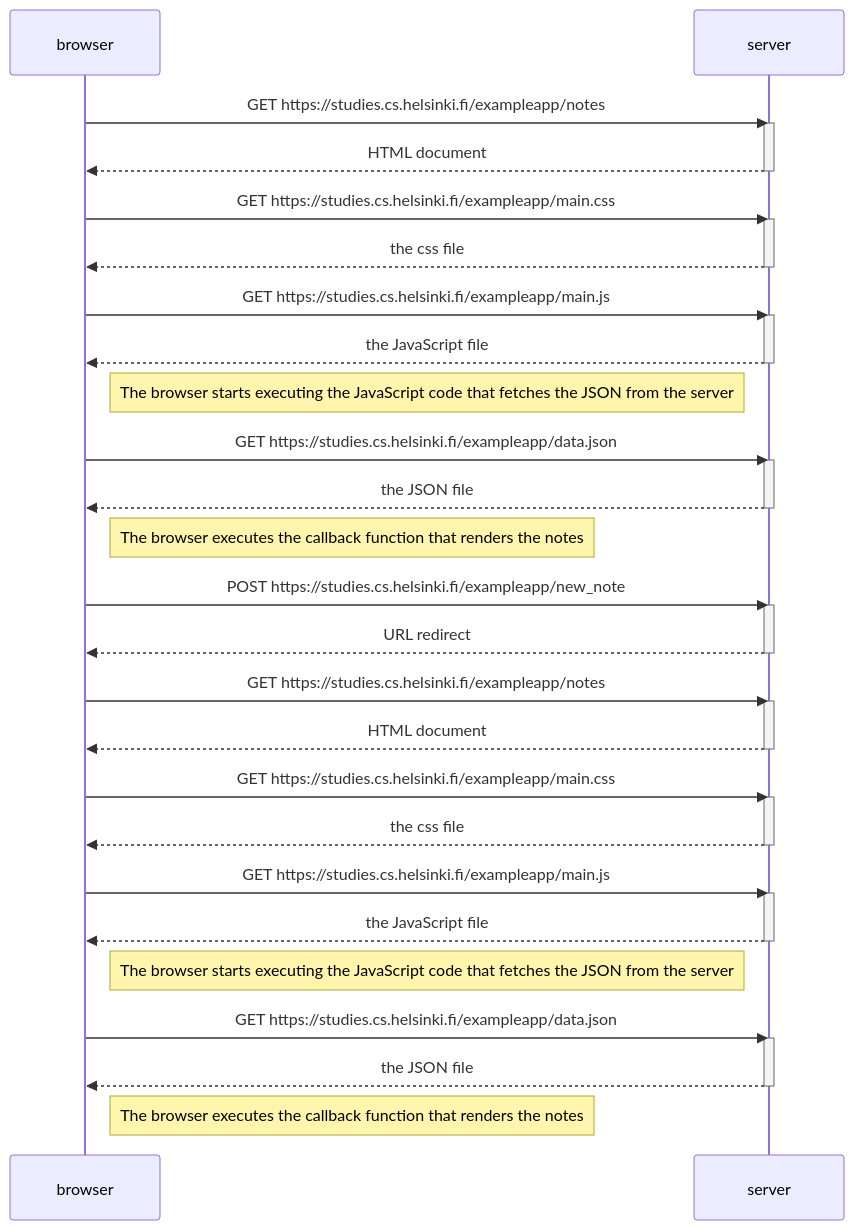
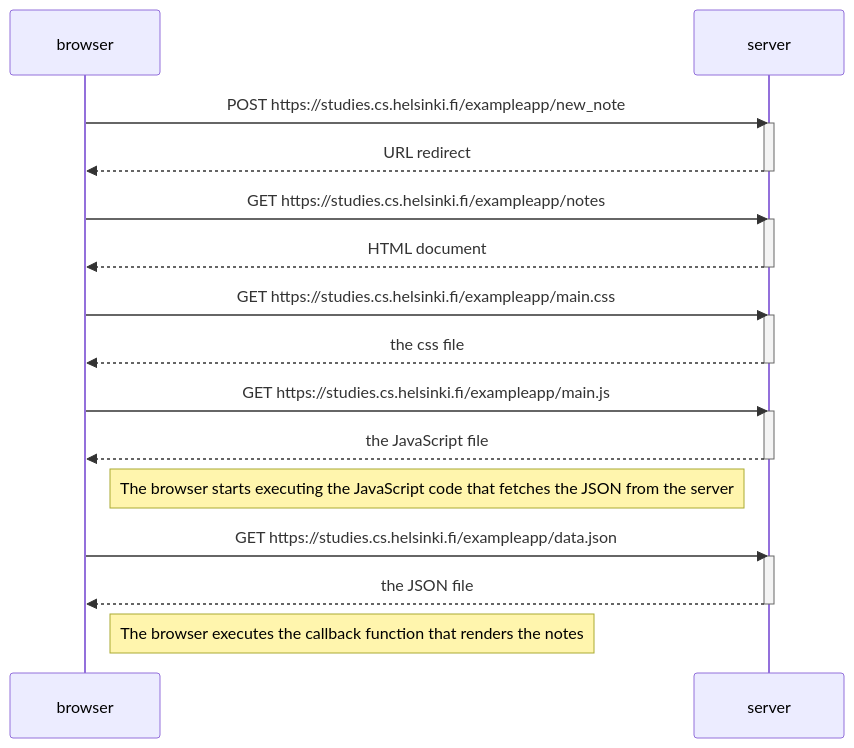
Before and after one commit to MrsBlooGhost/full_stack_open: the diagram in part0/new_note_diagram.md, drawn with Mermaid.

Commit message:
part0 exercises

````diff
--- a/part0/new_note_diagram.md
+++ b/part0/new_note_diagram.md
@@ -1,58 +1,34 @@
 ```mermaid
 sequenceDiagram
     participant browser
     participant server
-
-    browser->>server: GET https://studies.cs.helsinki.fi/exampleapp/notes
-    activate server
-    server-->>browser: HTML document
-    deactivate server
-
-    browser->>server: GET https://studies.cs.helsinki.fi/exampleapp/main.css
-    activate server
-    server-->>browser: the css file
-    deactivate server
-
-    browser->>server: GET https://studies.cs.helsinki.fi/exampleapp/main.js
-    activate server
-    server-->>browser: the JavaScript file
-    deactivate server
-
-    Note right of browser: The browser starts executing the JavaScript code that fetches the JSON from the server
-
-    browser->>server: GET https://studies.cs.helsinki.fi/exampleapp/data.json
-    activate server
-    server-->>browser: the JSON file
-    deactivate server
-
-    Note right of browser: The browser executes the callback function that renders the notes
 
     browser->>server: POST https://studies.cs.helsinki.fi/exampleapp/new_note
     activate server
     server-->>browser: URL redirect
     deactivate server
 
     browser->>server: GET https://studies.cs.helsinki.fi/exampleapp/notes
     activate server
     server-->>browser: HTML document
     deactivate server
     
     browser->>server: GET https://studies.cs.helsinki.fi/exampleapp/main.css
     activate server
     server-->>browser: the css file
     deactivate server
 
     browser->>server: GET https://studies.cs.helsinki.fi/exampleapp/main.js
     activate server
     server-->>browser: the JavaScript file
     deactivate server
 
     Note right of browser: The browser starts executing the JavaScript code that fetches the JSON from the server
 
     browser->>server: GET https://studies.cs.helsinki.fi/exampleapp/data.json
     activate server
     server-->>browser: the JSON file
     deactivate server
 
     Note right of browser: The browser executes the callback function that renders the notes
 ```
````
